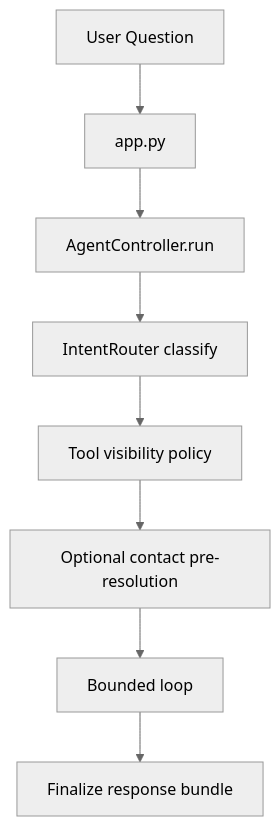
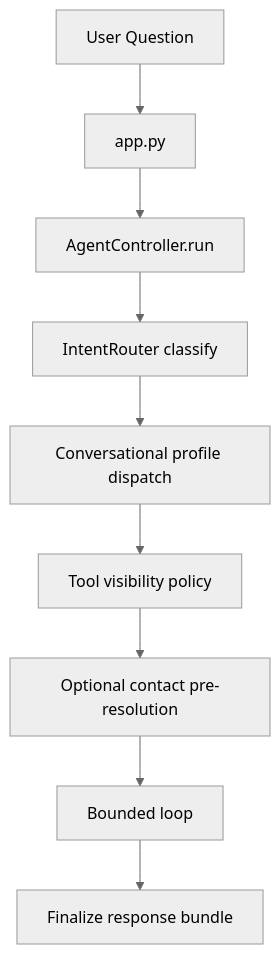
The first of 3 diagrams in backend/orchestrator/docs/architecture/MAIN_AGENT_FLOW.md (githubdoramon/digital-brain), drawn with Mermaid (neutral theme) before and after one commit. The commit also changed other lines of this file and 17 other files, not shown here.

First line of the commit message:
introduce intent-owned profile dispatch for memory expert

````diff
--- a/backend/orchestrator/docs/architecture/MAIN_AGENT_FLOW.md
+++ b/backend/orchestrator/docs/architecture/MAIN_AGENT_FLOW.md
@@ -12,10 +12,11 @@
 ```mermaid
 flowchart TD
   Q[User Question] --> APP[app.py]
   APP --> CTRL[AgentController.run]
   CTRL --> ROUTE[IntentRouter classify]
-  ROUTE --> VIS[Tool visibility policy]
+  ROUTE --> PROF[Conversational profile dispatch]
+  PROF --> VIS[Tool visibility policy]
   VIS --> PRE[Optional contact pre-resolution]
   PRE --> LOOP[Bounded loop]
   LOOP --> FIN[Finalize response bundle]
 ```
````
